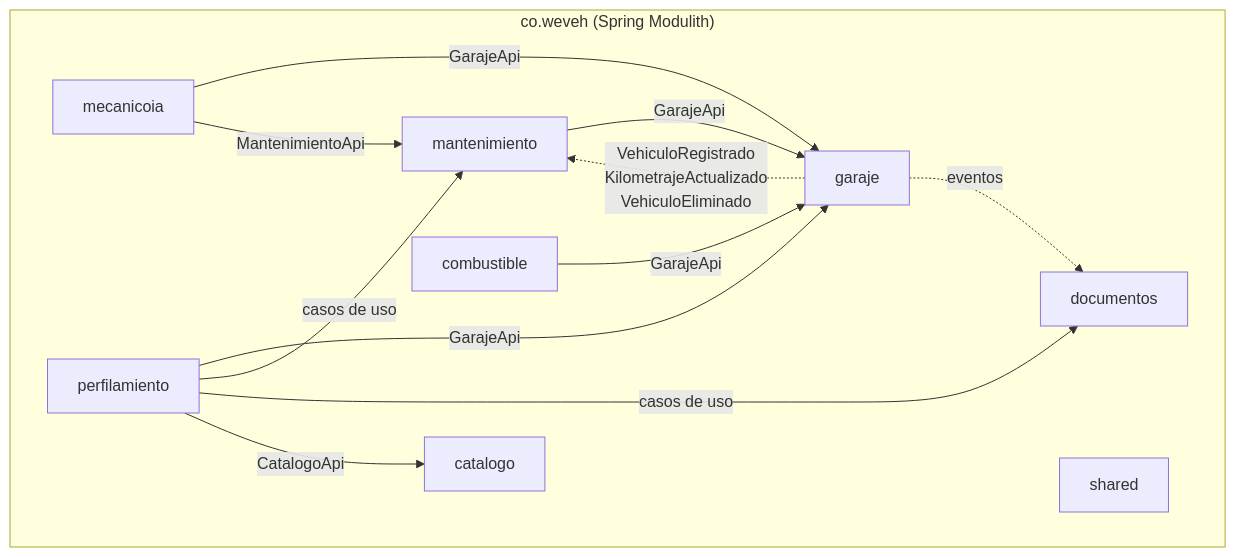
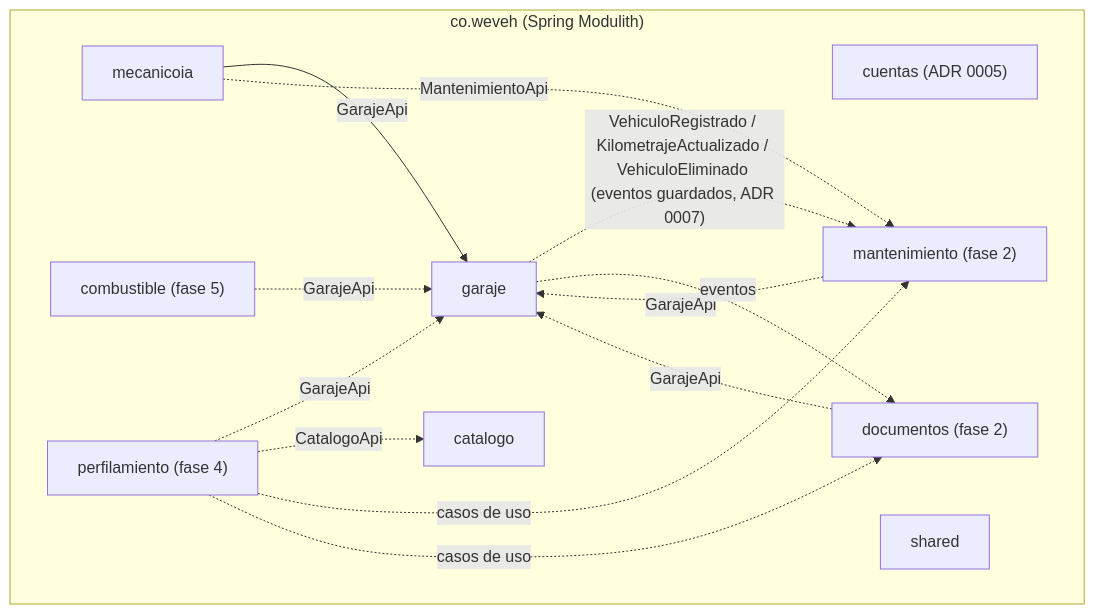
The second of 4 diagrams in docs/arquitectura.md (PaLuRoBu0809/WEVEH-CAR-ASSISTANT), drawn with Mermaid before and after one commit. The commit also changed other lines of this file and 2 other files, not shown here.

First line of the commit message:
docs: arquitectura con presente y futuro separados, modelo de datos y contrato de la API

````diff
--- a/docs/arquitectura.md
+++ b/docs/arquitectura.md
@@ -25,23 +54,25 @@
 ```mermaid
 flowchart TB
   subgraph Backend["co.weveh (Spring Modulith)"]
+    CTA["cuentas (ADR 0005)"]
     CAT["catalogo"]
     GAR["garaje"]
-    MAN["mantenimiento"]
-    DOC["documentos"]
-    COM["combustible"]
-    PER["perfilamiento"]
     MIA["mecanicoia"]
+    MAN["mantenimiento (fase 2)"]
+    DOC["documentos (fase 2)"]
+    PER["perfilamiento (fase 4)"]
+    COM["combustible (fase 5)"]
     SH["shared"]
   end
-  MAN -- "GarajeApi" --> GAR
-  COM -- "GarajeApi" --> GAR
   MIA -- "GarajeApi" --> GAR
-  MIA -- "MantenimientoApi" --> MAN
-  PER -- "GarajeApi" --> GAR
-  PER -- "casos de uso" --> MAN
-  PER -- "casos de uso" --> DOC
-  PER -- "CatalogoApi" --> CAT
-  GAR -. "VehiculoRegistrado<br/>KilometrajeActualizado<br/>VehiculoEliminado" .-> MAN
+  MIA -. "MantenimientoApi" .-> MAN
+  MAN -. "GarajeApi" .-> GAR
+  DOC -. "GarajeApi" .-> GAR
+  COM -. "GarajeApi" .-> GAR
+  PER -. "GarajeApi" .-> GAR
+  PER -. "CatalogoApi" .-> CAT
+  PER -. "casos de uso" .-> MAN
+  PER -. "casos de uso" .-> DOC
+  GAR -. "VehiculoRegistrado / KilometrajeActualizado / VehiculoEliminado (eventos guardados, ADR 0007)" .-> MAN
   GAR -. "eventos" .-> DOC
 ```
````
